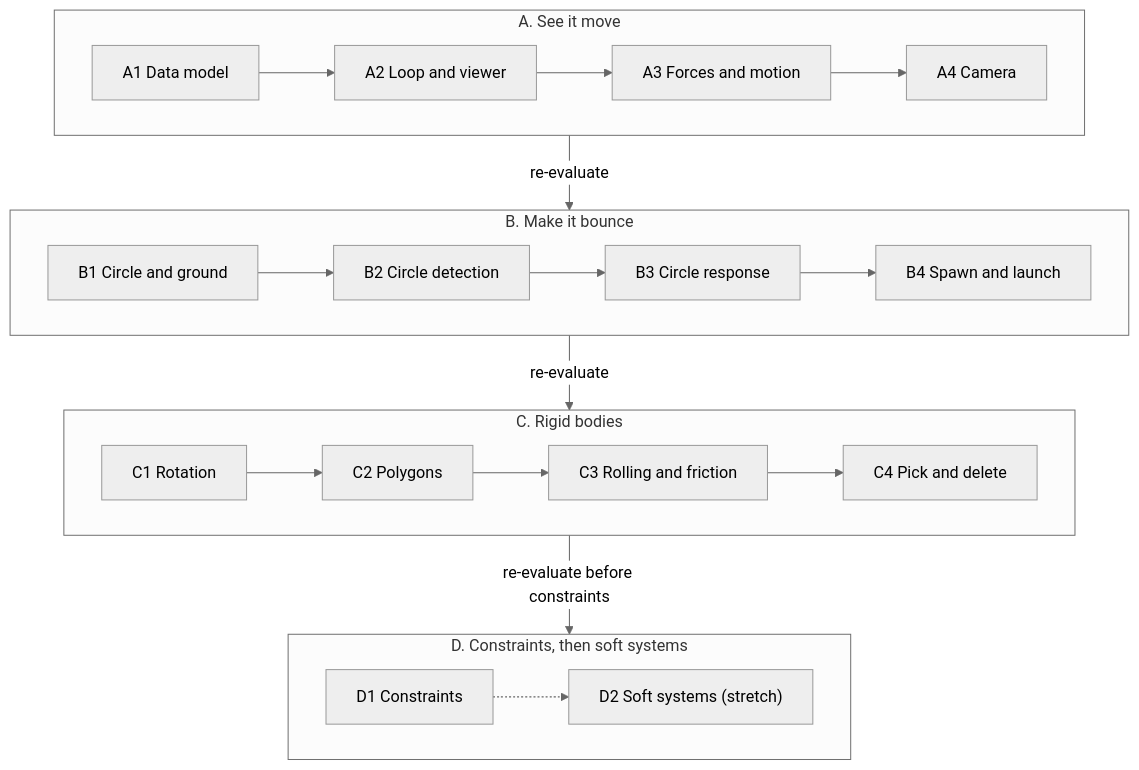
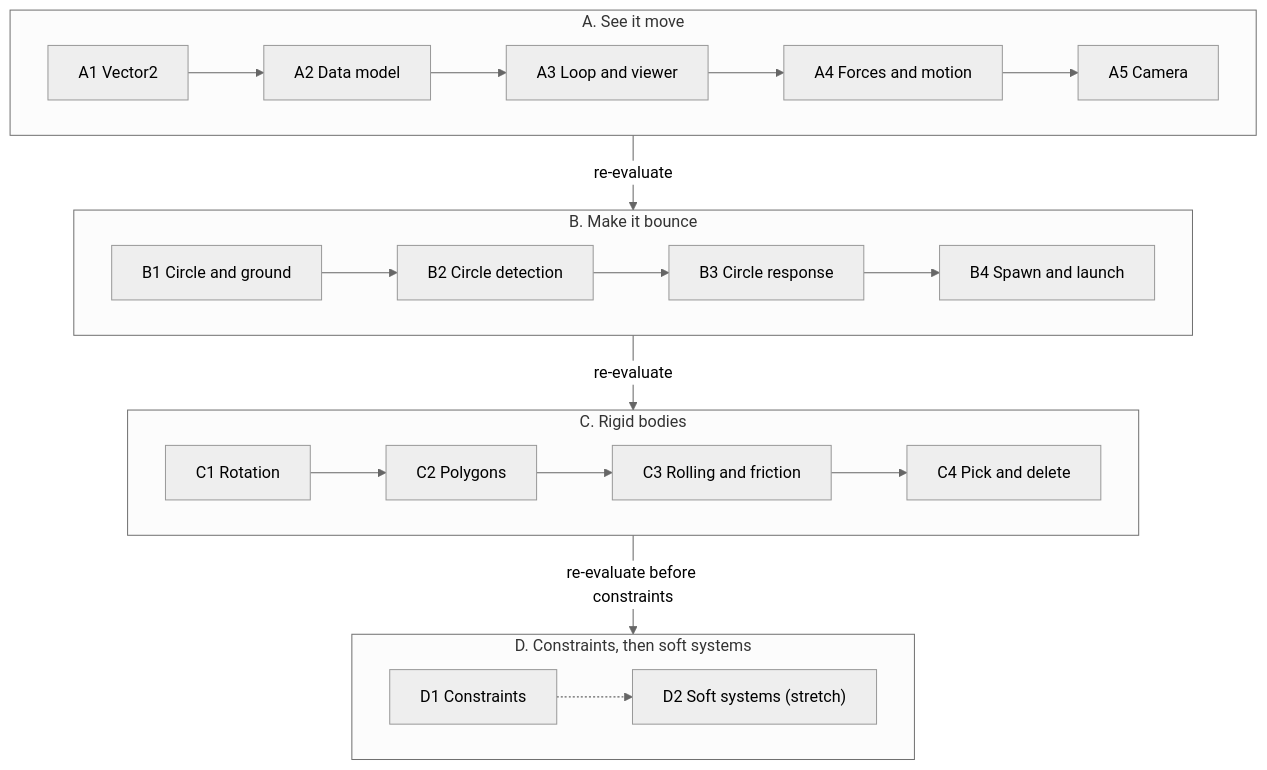
Before and after one commit to fa-ribeiro/RainDrop: the diagram in docs/roadmap.md, drawn with Mermaid (neutral theme). The commit also changed other lines of this file and 10 other files, not shown here.

Commit message:
docs(vector2): close chapter A1 with decision 0006, lessons and a renumbered roadmap

````diff
--- a/docs/roadmap.md
+++ b/docs/roadmap.md
@@ -7,18 +7,18 @@
 ```mermaid
 flowchart TD
     subgraph A["A. See it move"]
-        A1["A1 Data model"] --> A2["A2 Loop and viewer"] --> A3["A3 Forces and motion"] --> A4["A4 Camera"]
+        A1["A1 Vector2"] --> A2["A2 Data model"] --> A3["A3 Loop and viewer"] --> A4["A4 Forces and motion"] --> A5["A5 Camera"]
     end
     subgraph B["B. Make it bounce"]
         B1["B1 Circle and ground"] --> B2["B2 Circle detection"] --> B3["B3 Circle response"] --> B4["B4 Spawn and launch"]
     end
     subgraph C["C. Rigid bodies"]
         C1["C1 Rotation"] --> C2["C2 Polygons"] --> C3["C3 Rolling and friction"] --> C4["C4 Pick and delete"]
     end
     subgraph D["D. Constraints, then soft systems"]
         D1["D1 Constraints"] -.-> D2["D2 Soft systems (stretch)"]
     end
     A -->|"re-evaluate"| B
     B -->|"re-evaluate"| C
     C -->|"re-evaluate before constraints"| D
 ```
````
